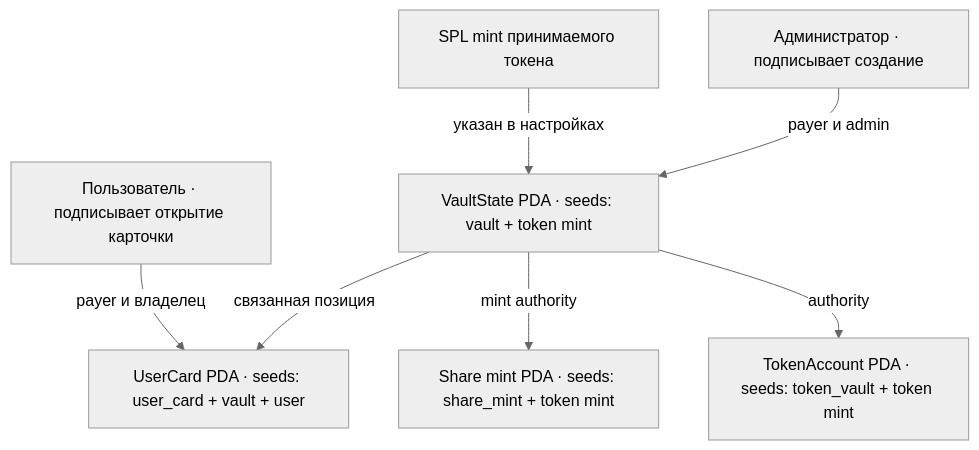
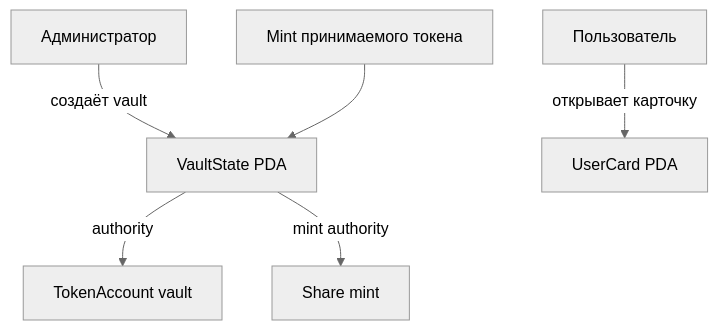
The diagram in README.md (BerikbaiNurai/Solana-course-), drawn with Mermaid (neutral theme) before and after one commit. The commit also changed other lines of this file, not shown here.

````diff
--- a/README.md
+++ b/README.md
@@ -7,17 +16,8 @@
 ```mermaid
 flowchart TD
-    Admin[Администратор · подписывает создание]
-    User[Пользователь · подписывает открытие карточки]
-    Mint[SPL mint принимаемого токена]
-    State[VaultState PDA · seeds: vault + token mint]
-    Custody[TokenAccount PDA · seeds: token_vault + token mint]
-    Share[Share mint PDA · seeds: share_mint + token mint]
-    Card[UserCard PDA · seeds: user_card + vault + user]
-
-    Admin -->|payer и admin| State
-    User -->|payer и владелец| Card
-    Mint -->|указан в настройках| State
-    State -->|authority| Custody
-    State -->|mint authority| Share
-    State -->|связанная позиция| Card
+    Admin[Администратор] -->|создаёт vault| State[VaultState PDA]
+    User[Пользователь] -->|открывает карточку| Card[UserCard PDA]
+    Mint[Mint принимаемого токена] --> State
+    State -->|authority| Custody[TokenAccount vault]
+    State -->|mint authority| Share[Share mint]
 ```
````
